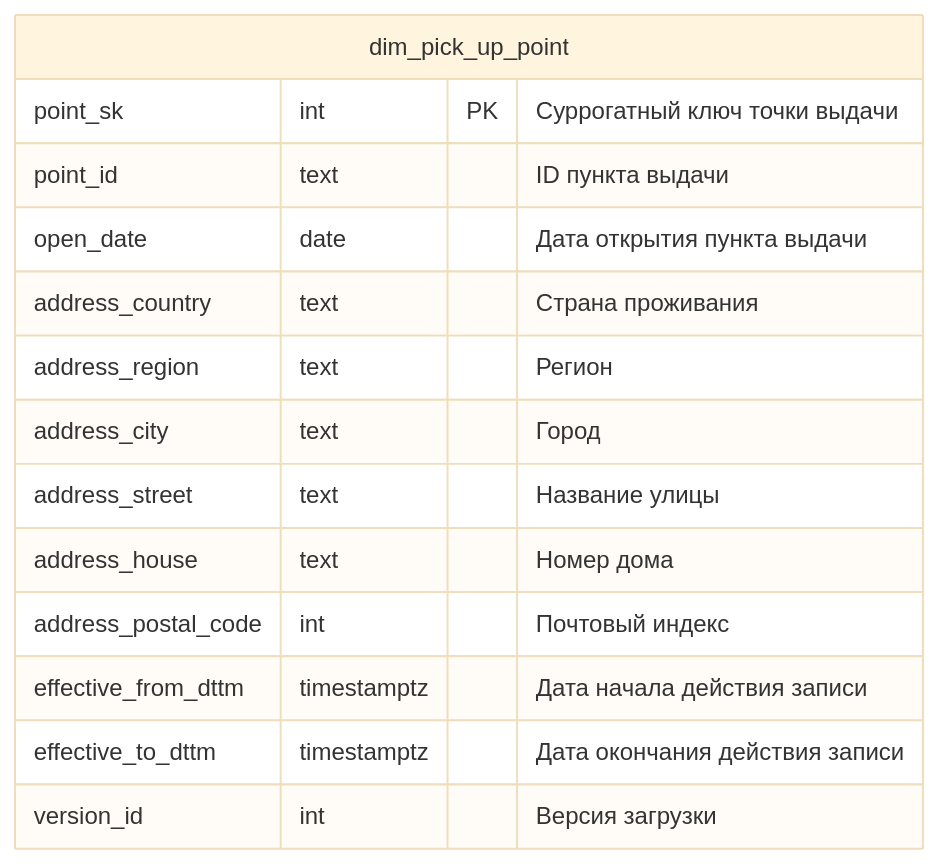
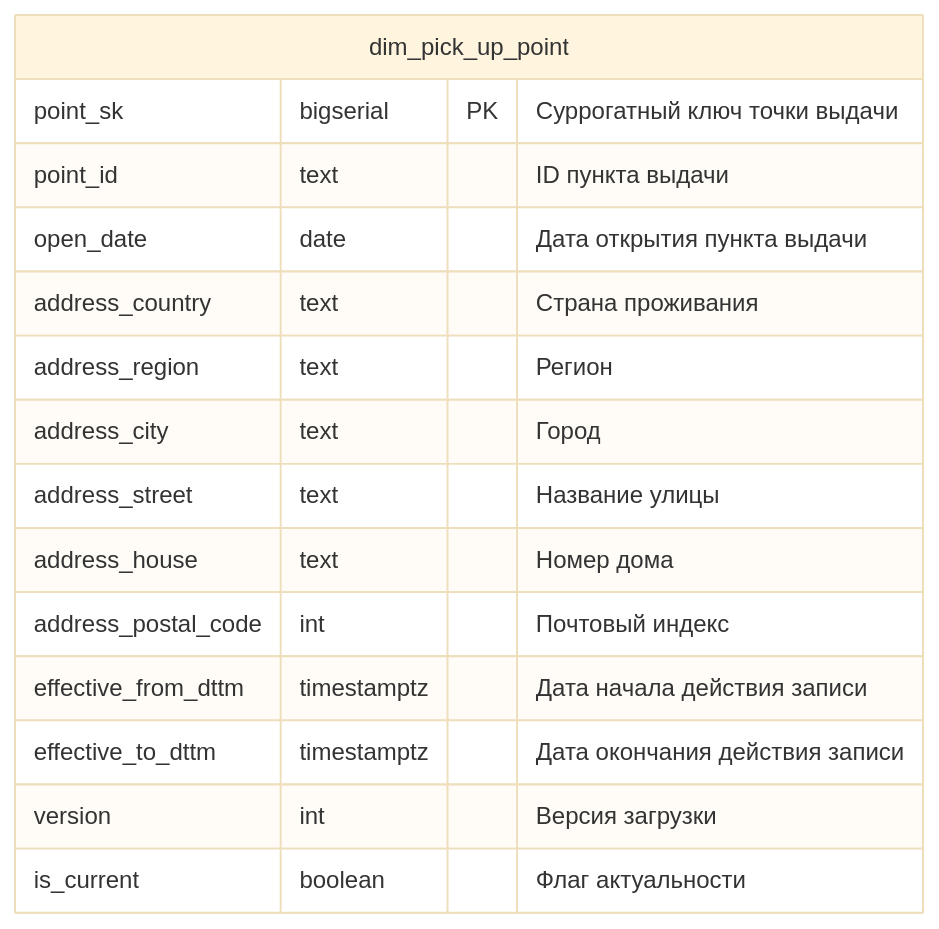
One commit to vgorbikov/dq-practice changed the fourth of 9 diagrams in docs/db_schema/Базовые ввитрины.md. Above: the diagram before and after it, drawn with Mermaid (base theme). The commit also changed other lines of this file and 2 other files, not shown here.

Commit message:
fix db schema

````diff
--- a/docs/db_schema/Базовые ввитрины.md
+++ b/docs/db_schema/Базовые ввитрины.md
@@ -100,18 +102,19 @@
 ```mermaid
 erDiagram
 
 dim_pick_up_point {
-    point_sk int PK "Суррогатный ключ точки выдачи"
+    point_sk bigserial PK "Суррогатный ключ точки выдачи"
     point_id text "ID пункта выдачи"
     open_date date "Дата открытия пункта выдачи"
     address_country text "Страна проживания"
     address_region text "Регион"
     address_city text "Город" 
     address_street text "Название улицы"
     address_house text "Номер дома"
     address_postal_code int "Почтовый индекс"
     effective_from_dttm timestamptz "Дата начала действия записи"
     effective_to_dttm timestamptz "Дата окончания действия записи"
-    version_id int "Версия загрузки"
+    version int "Версия загрузки"
+    is_current boolean "Флаг актуальности"
 }
 ```
````
